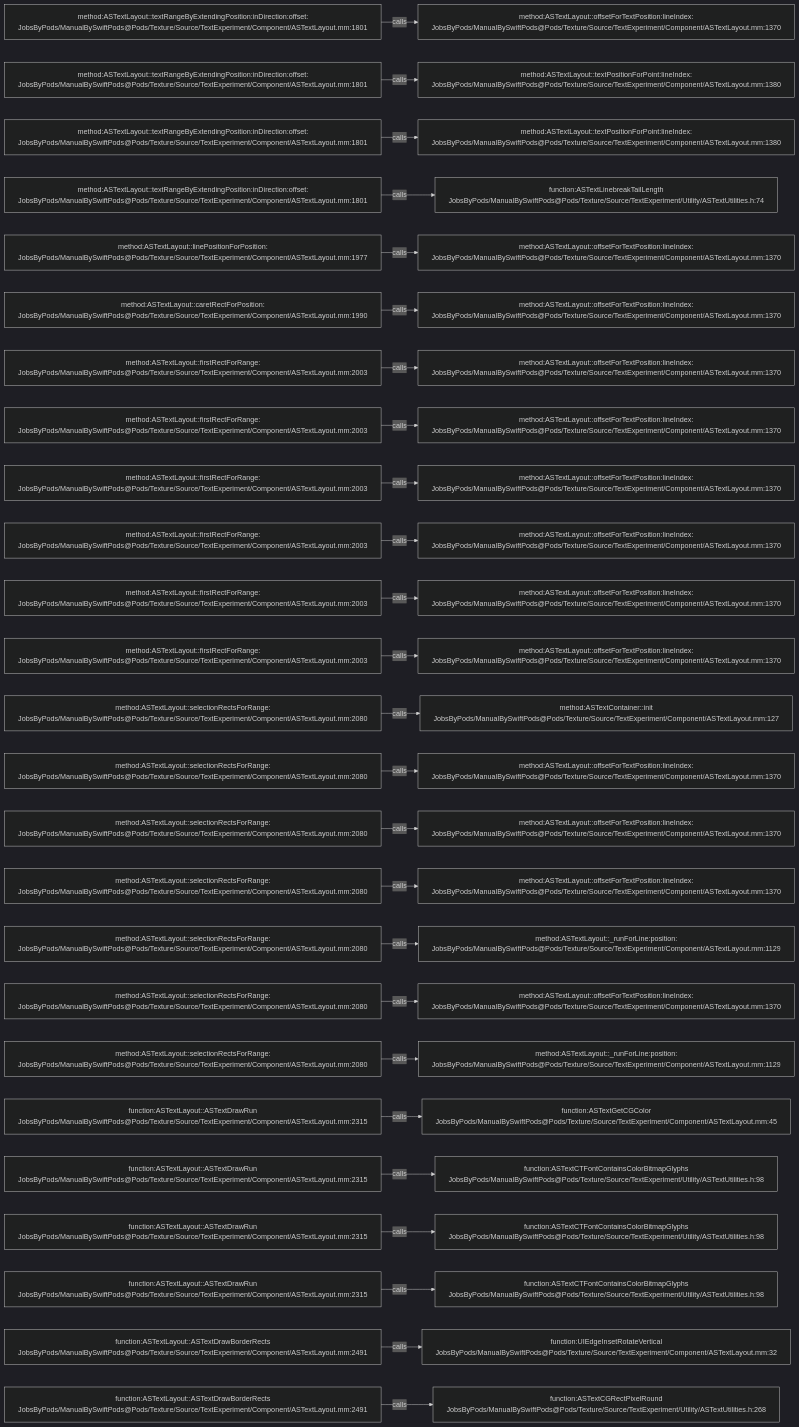
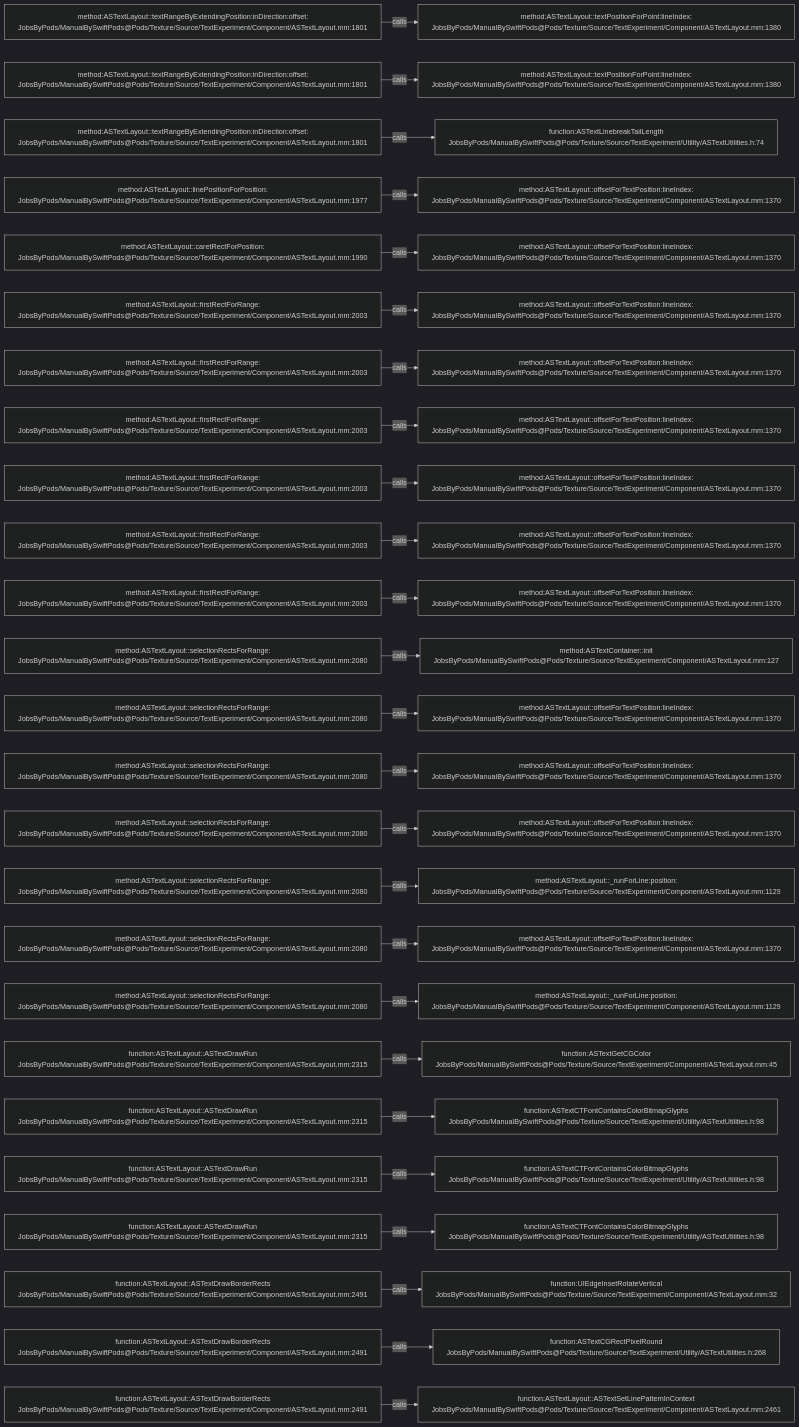
The diagram in .codegraph/codegraph.md/graphs/calls-134.md (JobsKits/JobsSwiftBaseConfigDemo), drawn with Mermaid (dark theme) before and after one commit. The commit also changed 747 other files, not shown here.

````diff
--- a/.codegraph/codegraph.md/graphs/calls-134.md
+++ b/.codegraph/codegraph.md/graphs/calls-134.md
@@ -13,78 +13,78 @@
 ```mermaid
 flowchart LR
   S1["method:ASTextLayout::textRangeByExtendingPosition:inDirection:offset:<br/>JobsByPods/ManualBySwiftPods@Pods/Texture/Source/TextExperiment/Component/ASTextLayout.mm:1801"]
-  T1["method:ASTextLayout::offsetForTextPosition:lineIndex:<br/>JobsByPods/ManualBySwiftPods@Pods/Texture/Source/TextExperiment/Component/ASTextLayout.mm:1370"]
+  T1["method:ASTextLayout::textPositionForPoint:lineIndex:<br/>JobsByPods/ManualBySwiftPods@Pods/Texture/Source/TextExperiment/Component/ASTextLayout.mm:1380"]
   S1 -->|calls| T1
   S2["method:ASTextLayout::textRangeByExtendingPosition:inDirection:offset:<br/>JobsByPods/ManualBySwiftPods@Pods/Texture/Source/TextExperiment/Component/ASTextLayout.mm:1801"]
   T2["method:ASTextLayout::textPositionForPoint:lineIndex:<br/>JobsByPods/ManualBySwiftPods@Pods/Texture/Source/TextExperiment/Component/ASTextLayout.mm:1380"]
   S2 -->|calls| T2
   S3["method:ASTextLayout::textRangeByExtendingPosition:inDirection:offset:<br/>JobsByPods/ManualBySwiftPods@Pods/Texture/Source/TextExperiment/Component/ASTextLayout.mm:1801"]
-  T3["method:ASTextLayout::textPositionForPoint:lineIndex:<br/>JobsByPods/ManualBySwiftPods@Pods/Texture/Source/TextExperiment/Component/ASTextLayout.mm:1380"]
+  T3["function:ASTextLinebreakTailLength<br/>JobsByPods/ManualBySwiftPods@Pods/Texture/Source/TextExperiment/Utility/ASTextUtilities.h:74"]
   S3 -->|calls| T3
-  S4["method:ASTextLayout::textRangeByExtendingPosition:inDirection:offset:<br/>JobsByPods/ManualBySwiftPods@Pods/Texture/Source/TextExperiment/Component/ASTextLayout.mm:1801"]
-  T4["function:ASTextLinebreakTailLength<br/>JobsByPods/ManualBySwiftPods@Pods/Texture/Source/TextExperiment/Utility/ASTextUtilities.h:74"]
+  S4["method:ASTextLayout::linePositionForPosition:<br/>JobsByPods/ManualBySwiftPods@Pods/Texture/Source/TextExperiment/Component/ASTextLayout.mm:1977"]
+  T4["method:ASTextLayout::offsetForTextPosition:lineIndex:<br/>JobsByPods/ManualBySwiftPods@Pods/Texture/Source/TextExperiment/Component/ASTextLayout.mm:1370"]
   S4 -->|calls| T4
-  S5["method:ASTextLayout::linePositionForPosition:<br/>JobsByPods/ManualBySwiftPods@Pods/Texture/Source/TextExperiment/Component/ASTextLayout.mm:1977"]
+  S5["method:ASTextLayout::caretRectForPosition:<br/>JobsByPods/ManualBySwiftPods@Pods/Texture/Source/TextExperiment/Component/ASTextLayout.mm:1990"]
   T5["method:ASTextLayout::offsetForTextPosition:lineIndex:<br/>JobsByPods/ManualBySwiftPods@Pods/Texture/Source/TextExperiment/Component/ASTextLayout.mm:1370"]
   S5 -->|calls| T5
-  S6["method:ASTextLayout::caretRectForPosition:<br/>JobsByPods/ManualBySwiftPods@Pods/Texture/Source/TextExperiment/Component/ASTextLayout.mm:1990"]
+  S6["method:ASTextLayout::firstRectForRange:<br/>JobsByPods/ManualBySwiftPods@Pods/Texture/Source/TextExperiment/Component/ASTextLayout.mm:2003"]
   T6["method:ASTextLayout::offsetForTextPosition:lineIndex:<br/>JobsByPods/ManualBySwiftPods@Pods/Texture/Source/TextExperiment/Component/ASTextLayout.mm:1370"]
   S6 -->|calls| T6
   S7["method:ASTextLayout::firstRectForRange:<br/>JobsByPods/ManualBySwiftPods@Pods/Texture/Source/TextExperiment/Component/ASTextLayout.mm:2003"]
   T7["method:ASTextLayout::offsetForTextPosition:lineIndex:<br/>JobsByPods/ManualBySwiftPods@Pods/Texture/Source/TextExperiment/Component/ASTextLayout.mm:1370"]
   S7 -->|calls| T7
   S8["method:ASTextLayout::firstRectForRange:<br/>JobsByPods/ManualBySwiftPods@Pods/Texture/Source/TextExperiment/Component/ASTextLayout.mm:2003"]
   T8["method:ASTextLayout::offsetForTextPosition:lineIndex:<br/>JobsByPods/ManualBySwiftPods@Pods/Texture/Source/TextExperiment/Component/ASTextLayout.mm:1370"]
   S8 -->|calls| T8
   S9["method:ASTextLayout::firstRectForRange:<br/>JobsByPods/ManualBySwiftPods@Pods/Texture/Source/TextExperiment/Component/ASTextLayout.mm:2003"]
   T9["method:ASTextLayout::offsetForTextPosition:lineIndex:<br/>JobsByPods/ManualBySwiftPods@Pods/Texture/Source/TextExperiment/Component/ASTextLayout.mm:1370"]
   S9 -->|calls| T9
   S10["method:ASTextLayout::firstRectForRange:<br/>JobsByPods/ManualBySwiftPods@Pods/Texture/Source/TextExperiment/Component/ASTextLayout.mm:2003"]
   T10["method:ASTextLayout::offsetForTextPosition:lineIndex:<br/>JobsByPods/ManualBySwiftPods@Pods/Texture/Source/TextExperiment/Component/ASTextLayout.mm:1370"]
   S10 -->|calls| T10
   S11["method:ASTextLayout::firstRectForRange:<br/>JobsByPods/ManualBySwiftPods@Pods/Texture/Source/TextExperiment/Component/ASTextLayout.mm:2003"]
   T11["method:ASTextLayout::offsetForTextPosition:lineIndex:<br/>JobsByPods/ManualBySwiftPods@Pods/Texture/Source/TextExperiment/Component/ASTextLayout.mm:1370"]
   S11 -->|calls| T11
-  S12["method:ASTextLayout::firstRectForRange:<br/>JobsByPods/ManualBySwiftPods@Pods/Texture/Source/TextExperiment/Component/ASTextLayout.mm:2003"]
-  T12["method:ASTextLayout::offsetForTextPosition:lineIndex:<br/>JobsByPods/ManualBySwiftPods@Pods/Texture/Source/TextExperiment/Component/ASTextLayout.mm:1370"]
+  S12["method:ASTextLayout::selectionRectsForRange:<br/>JobsByPods/ManualBySwiftPods@Pods/Texture/Source/TextExperiment/Component/ASTextLayout.mm:2080"]
+  T12["method:ASTextContainer::init<br/>JobsByPods/ManualBySwiftPods@Pods/Texture/Source/TextExperiment/Component/ASTextLayout.mm:127"]
   S12 -->|calls| T12
   S13["method:ASTextLayout::selectionRectsForRange:<br/>JobsByPods/ManualBySwiftPods@Pods/Texture/Source/TextExperiment/Component/ASTextLayout.mm:2080"]
-  T13["method:ASTextContainer::init<br/>JobsByPods/ManualBySwiftPods@Pods/Texture/Source/TextExperiment/Component/ASTextLayout.mm:127"]
+  T13["method:ASTextLayout::offsetForTextPosition:lineIndex:<br/>JobsByPods/ManualBySwiftPods@Pods/Texture/Source/TextExperiment/Component/ASTextLayout.mm:1370"]
   S13 -->|calls| T13
   S14["method:ASTextLayout::selectionRectsForRange:<br/>JobsByPods/ManualBySwiftPods@Pods/Texture/Source/TextExperiment/Component/ASTextLayout.mm:2080"]
   T14["method:ASTextLayout::offsetForTextPosition:lineIndex:<br/>JobsByPods/ManualBySwiftPods@Pods/Texture/Source/TextExperiment/Component/ASTextLayout.mm:1370"]
   S14 -->|calls| T14
   S15["method:ASTextLayout::selectionRectsForRange:<br/>JobsByPods/ManualBySwiftPods@Pods/Texture/Source/TextExperiment/Component/ASTextLayout.mm:2080"]
   T15["method:ASTextLayout::offsetForTextPosition:lineIndex:<br/>JobsByPods/ManualBySwiftPods@Pods/Texture/Source/TextExperiment/Component/ASTextLayout.mm:1370"]
   S15 -->|calls| T15
   S16["method:ASTextLayout::selectionRectsForRange:<br/>JobsByPods/ManualBySwiftPods@Pods/Texture/Source/TextExperiment/Component/ASTextLayout.mm:2080"]
-  T16["method:ASTextLayout::offsetForTextPosition:lineIndex:<br/>JobsByPods/ManualBySwiftPods@Pods/Texture/Source/TextExperiment/Component/ASTextLayout.mm:1370"]
+  T16["method:ASTextLayout::_runForLine:position:<br/>JobsByPods/ManualBySwiftPods@Pods/Texture/Source/TextExperiment/Component/ASTextLayout.mm:1129"]
   S16 -->|calls| T16
   S17["method:ASTextLayout::selectionRectsForRange:<br/>JobsByPods/ManualBySwiftPods@Pods/Texture/Source/TextExperiment/Component/ASTextLayout.mm:2080"]
-  T17["method:ASTextLayout::_runForLine:position:<br/>JobsByPods/ManualBySwiftPods@Pods/Texture/Source/TextExperiment/Component/ASTextLayout.mm:1129"]
+  T17["method:ASTextLayout::offsetForTextPosition:lineIndex:<br/>JobsByPods/ManualBySwiftPods@Pods/Texture/Source/TextExperiment/Component/ASTextLayout.mm:1370"]
   S17 -->|calls| T17
   S18["method:ASTextLayout::selectionRectsForRange:<br/>JobsByPods/ManualBySwiftPods@Pods/Texture/Source/TextExperiment/Component/ASTextLayout.mm:2080"]
-  T18["method:ASTextLayout::offsetForTextPosition:lineIndex:<br/>JobsByPods/ManualBySwiftPods@Pods/Texture/Source/TextExperiment/Component/ASTextLayout.mm:1370"]
+  T18["method:ASTextLayout::_runForLine:position:<br/>JobsByPods/ManualBySwiftPods@Pods/Texture/Source/TextExperiment/Component/ASTextLayout.mm:1129"]
   S18 -->|calls| T18
-  S19["method:ASTextLayout::selectionRectsForRange:<br/>JobsByPods/ManualBySwiftPods@Pods/Texture/Source/TextExperiment/Component/ASTextLayout.mm:2080"]
-  T19["method:ASTextLayout::_runForLine:position:<br/>JobsByPods/ManualBySwiftPods@Pods/Texture/Source/TextExperiment/Component/ASTextLayout.mm:1129"]
+  S19["function:ASTextLayout::ASTextDrawRun<br/>JobsByPods/ManualBySwiftPods@Pods/Texture/Source/TextExperiment/Component/ASTextLayout.mm:2315"]
+  T19["function:ASTextGetCGColor<br/>JobsByPods/ManualBySwiftPods@Pods/Texture/Source/TextExperiment/Component/ASTextLayout.mm:45"]
   S19 -->|calls| T19
   S20["function:ASTextLayout::ASTextDrawRun<br/>JobsByPods/ManualBySwiftPods@Pods/Texture/Source/TextExperiment/Component/ASTextLayout.mm:2315"]
-  T20["function:ASTextGetCGColor<br/>JobsByPods/ManualBySwiftPods@Pods/Texture/Source/TextExperiment/Component/ASTextLayout.mm:45"]
+  T20["function:ASTextCTFontContainsColorBitmapGlyphs<br/>JobsByPods/ManualBySwiftPods@Pods/Texture/Source/TextExperiment/Utility/ASTextUtilities.h:98"]
   S20 -->|calls| T20
   S21["function:ASTextLayout::ASTextDrawRun<br/>JobsByPods/ManualBySwiftPods@Pods/Texture/Source/TextExperiment/Component/ASTextLayout.mm:2315"]
   T21["function:ASTextCTFontContainsColorBitmapGlyphs<br/>JobsByPods/ManualBySwiftPods@Pods/Texture/Source/TextExperiment/Utility/ASTextUtilities.h:98"]
   S21 -->|calls| T21
   S22["function:ASTextLayout::ASTextDrawRun<br/>JobsByPods/ManualBySwiftPods@Pods/Texture/Source/TextExperiment/Component/ASTextLayout.mm:2315"]
   T22["function:ASTextCTFontContainsColorBitmapGlyphs<br/>JobsByPods/ManualBySwiftPods@Pods/Texture/Source/TextExperiment/Utility/ASTextUtilities.h:98"]
   S22 -->|calls| T22
-  S23["function:ASTextLayout::ASTextDrawRun<br/>JobsByPods/ManualBySwiftPods@Pods/Texture/Source/TextExperiment/Component/ASTextLayout.mm:2315"]
-  T23["function:ASTextCTFontContainsColorBitmapGlyphs<br/>JobsByPods/ManualBySwiftPods@Pods/Texture/Source/TextExperiment/Utility/ASTextUtilities.h:98"]
+  S23["function:ASTextLayout::ASTextDrawBorderRects<br/>JobsByPods/ManualBySwiftPods@Pods/Texture/Source/TextExperiment/Component/ASTextLayout.mm:2491"]
+  T23["function:UIEdgeInsetRotateVertical<br/>JobsByPods/ManualBySwiftPods@Pods/Texture/Source/TextExperiment/Component/ASTextLayout.mm:32"]
   S23 -->|calls| T23
   S24["function:ASTextLayout::ASTextDrawBorderRects<br/>JobsByPods/ManualBySwiftPods@Pods/Texture/Source/TextExperiment/Component/ASTextLayout.mm:2491"]
-  T24["function:UIEdgeInsetRotateVertical<br/>JobsByPods/ManualBySwiftPods@Pods/Texture/Source/TextExperiment/Component/ASTextLayout.mm:32"]
+  T24["function:ASTextCGRectPixelRound<br/>JobsByPods/ManualBySwiftPods@Pods/Texture/Source/TextExperiment/Utility/ASTextUtilities.h:268"]
   S24 -->|calls| T24
   S25["function:ASTextLayout::ASTextDrawBorderRects<br/>JobsByPods/ManualBySwiftPods@Pods/Texture/Source/TextExperiment/Component/ASTextLayout.mm:2491"]
-  T25["function:ASTextCGRectPixelRound<br/>JobsByPods/ManualBySwiftPods@Pods/Texture/Source/TextExperiment/Utility/ASTextUtilities.h:268"]
+  T25["function:ASTextLayout::ASTextSetLinePatternInContext<br/>JobsByPods/ManualBySwiftPods@Pods/Texture/Source/TextExperiment/Component/ASTextLayout.mm:2461"]
   S25 -->|calls| T25
 ```
````
